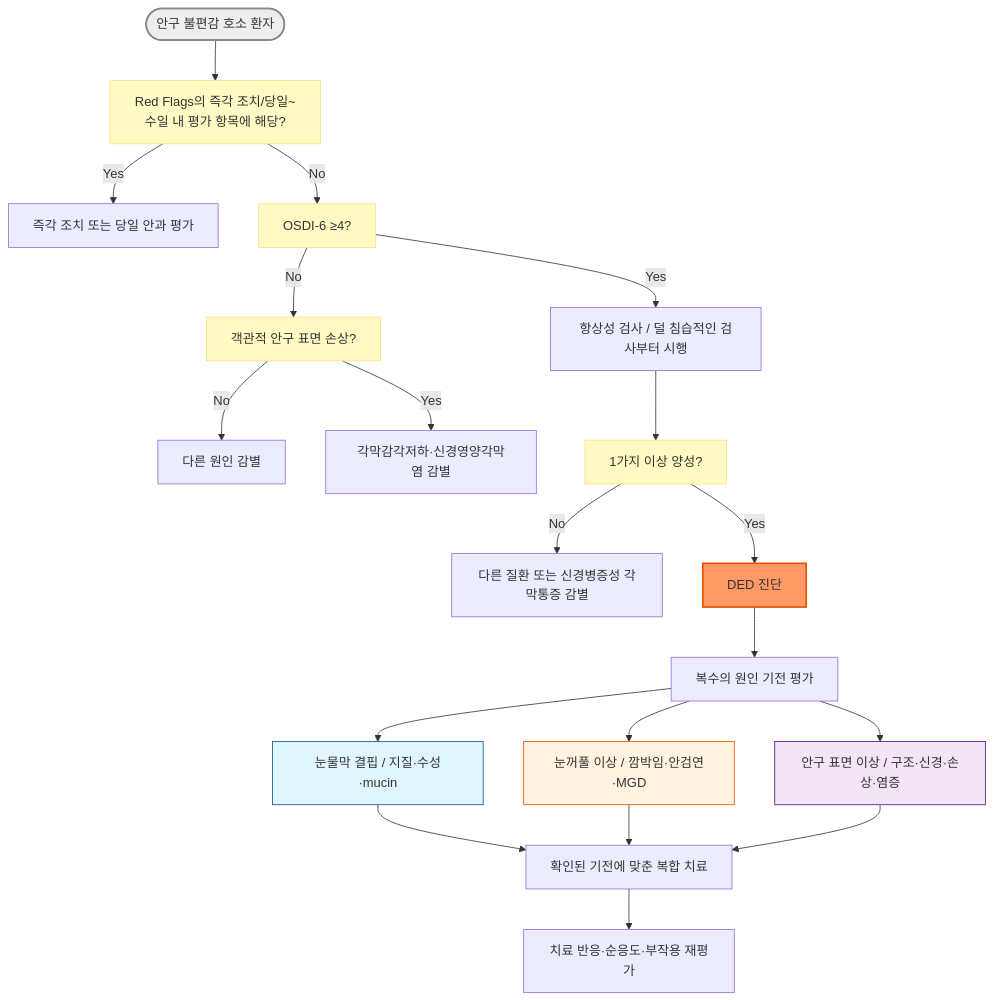
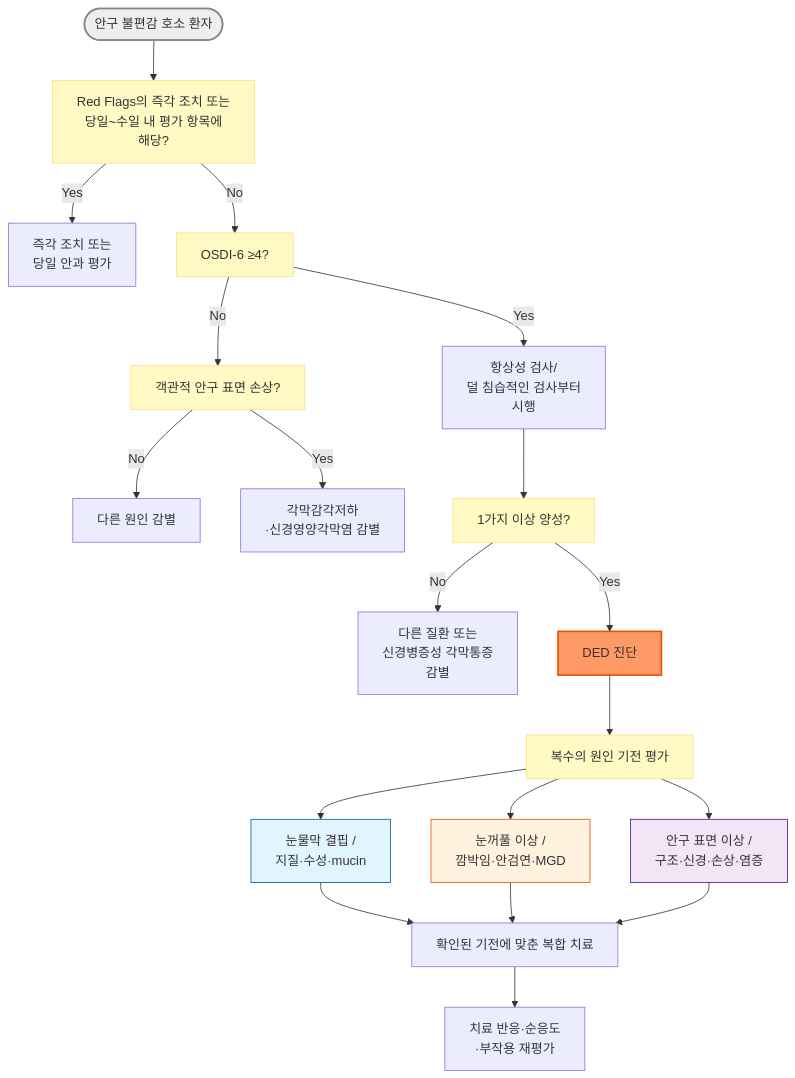
The diagram in 222_/042_-dry-eye.md (familyoh77/familyoh77), drawn with Mermaid before and after one commit. The commit also changed other lines of this file and 1 other file, not shown here.

````diff
--- a/222_/042_-dry-eye.md
+++ b/222_/042_-dry-eye.md
@@ -166,37 +175,29 @@
 ```mermaid
 graph TD
-
     Start(["안구 불편감 호소 환자"])
-    Start --> RedFlag["Red Flags의 즉각 조치/당일~수일 내 평가 항목에 해당?"]
-    RedFlag -- Yes --> Urgent["즉각 조치 또는 당일 안과 평가"]
+    Start --> RedFlag["Red Flags의 즉각 조치 또는 <br>당일~수일 내 평가 항목에 <br>해당?"]
+    RedFlag -- Yes --> Urgent["즉각 조치 또는 <br>당일 안과 평가"]
     RedFlag -- No --> Screen["OSDI-6 ≥4?"]
-
     Screen -- No --> Signs["객관적 안구 표면 손상?"]
     Signs -- No --> Other["다른 원인 감별"]
-    Signs -- Yes --> Neurotrophic["각막감각저하·신경영양각막염 감별"]
-
-    Screen -- Yes --> Homeo["항상성 검사 / 덜 침습적인 검사부터 시행"]
+    Signs -- Yes --> Neurotrophic["각막감각저하<br>·신경영양각막염 감별"]
+    Screen -- Yes --> Homeo["항상성 검사/<br>덜 침습적인 검사부터<br>시행"]
     Homeo --> Positive["1가지 이상 양성?"]
-    Positive -- No --> Pain["다른 질환 또는 신경병증성 각막통증 감별"]
+    Positive -- No --> Pain["다른 질환 또는 <br>신경병증성 각막통증 <br>감별"]
     Positive -- Yes --> DED["DED 진단"]
-
     DED --> Drivers["복수의 원인 기전 평가"]
-    Drivers --> Tear["눈물막 결핍 / 지질·수성·mucin"]
-    Drivers --> Lid["눈꺼풀 이상 / 깜박임·안검연·MGD"]
-    Drivers --> Surface["안구 표면 이상 / 구조·신경·손상·염증"]
-
+    Drivers --> Tear["눈물막 결핍 / <br>지질·수성·mucin"]
+    Drivers --> Lid["눈꺼풀 이상 / <br>깜박임·안검연·MGD"]
+    Drivers --> Surface["안구 표면 이상 / <br>구조·신경·손상·염증"]
     Tear --> Tx["확인된 기전에 맞춘 복합 치료"]
     Lid --> Tx
     Surface --> Tx
-    Tx --> Follow["치료 반응·순응도·부작용 재평가"]
-
+    Tx --> Follow["치료 반응·순응도<br>·부작용 재평가"]
     style Start fill:#eeeeee,stroke:#888888,stroke-width:2px
-    style RedFlag fill:#fff9c4,stroke:#ffe082
-    style Screen fill:#fff9c4,stroke:#ffe082
-    style Signs fill:#fff9c4,stroke:#ffe082
-    style Positive fill:#fff9c4,stroke:#ffe082
+    classDef yellow fill:#fff9c4,stroke:#ffe082
+    class RedFlag,Screen,Signs,Positive,Drivers yellow
     style DED fill:#f96,stroke:#e65100,stroke-width:2px
     style Tear fill:#e1f5fe,stroke:#01579b
     style Lid fill:#fff3e0,stroke:#e65100
     style Surface fill:#f3e5f5,stroke:#4a148c
 ```
````
